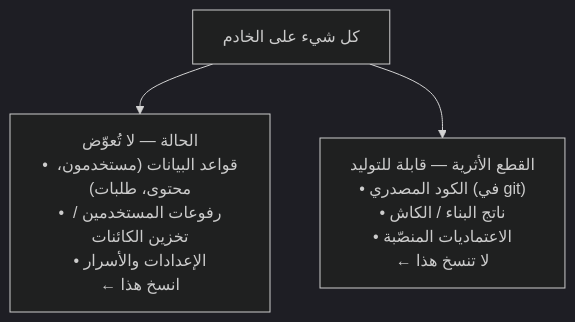
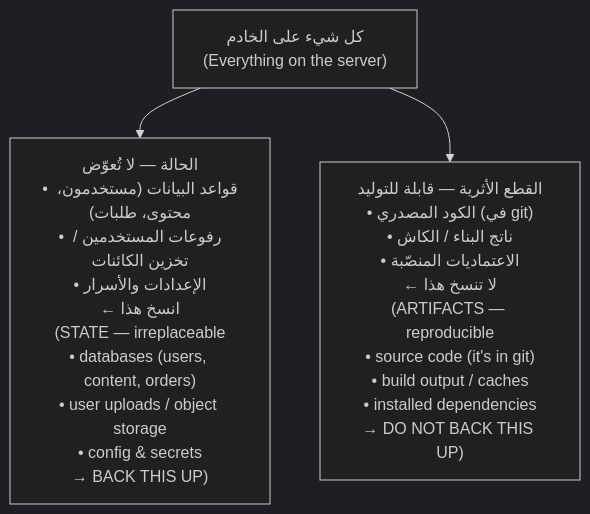
The fourth of 10 diagrams in modules/02-data-storage-backups/module.ar.md (Tamoura/system-design-for-vibe-coders), drawn with Mermaid (dark theme) before and after one commit. The commit also changed other lines of this file and 62 other files, not shown here.

First line of the commit message:
Arabic editions: English on every diagram label, RTL fixes, rebuild

````diff
--- a/modules/02-data-storage-backups/module.ar.md
+++ b/modules/02-data-storage-backups/module.ar.md
@@ -341,5 +341,5 @@
 ```mermaid
 flowchart TD
-    ALL["كل شيء على الخادم"] --> STATE["الحالة — لا تُعوّض<br/>• قواعد البيانات (مستخدمون، محتوى، طلبات)<br/>• رفوعات المستخدمين / تخزين الكائنات<br/>• الإعدادات والأسرار<br/>← انسخ هذا"]
-    ALL --> ART["القطع الأثرية — قابلة للتوليد<br/>• الكود المصدري (في git)<br/>• ناتج البناء / الكاش<br/>• الاعتماديات المنصّبة<br/>← لا تنسخ هذا"]
+    ALL["كل شيء على الخادم<br/>(Everything on the server)"] --> STATE["الحالة — لا تُعوّض<br/>• قواعد البيانات (مستخدمون، محتوى، طلبات)<br/>• رفوعات المستخدمين / تخزين الكائنات<br/>• الإعدادات والأسرار<br/>← انسخ هذا<br/>(STATE — irreplaceable<br/>• databases (users, content, orders)<br/>• user uploads / object storage<br/>• config & secrets<br/>→ BACK THIS UP)"]
+    ALL --> ART["القطع الأثرية — قابلة للتوليد<br/>• الكود المصدري (في git)<br/>• ناتج البناء / الكاش<br/>• الاعتماديات المنصّبة<br/>← لا تنسخ هذا<br/>(ARTIFACTS — reproducible<br/>• source code (it's in git)<br/>• build output / caches<br/>• installed dependencies<br/>→ DO NOT BACK THIS UP)"]
 ```
````
